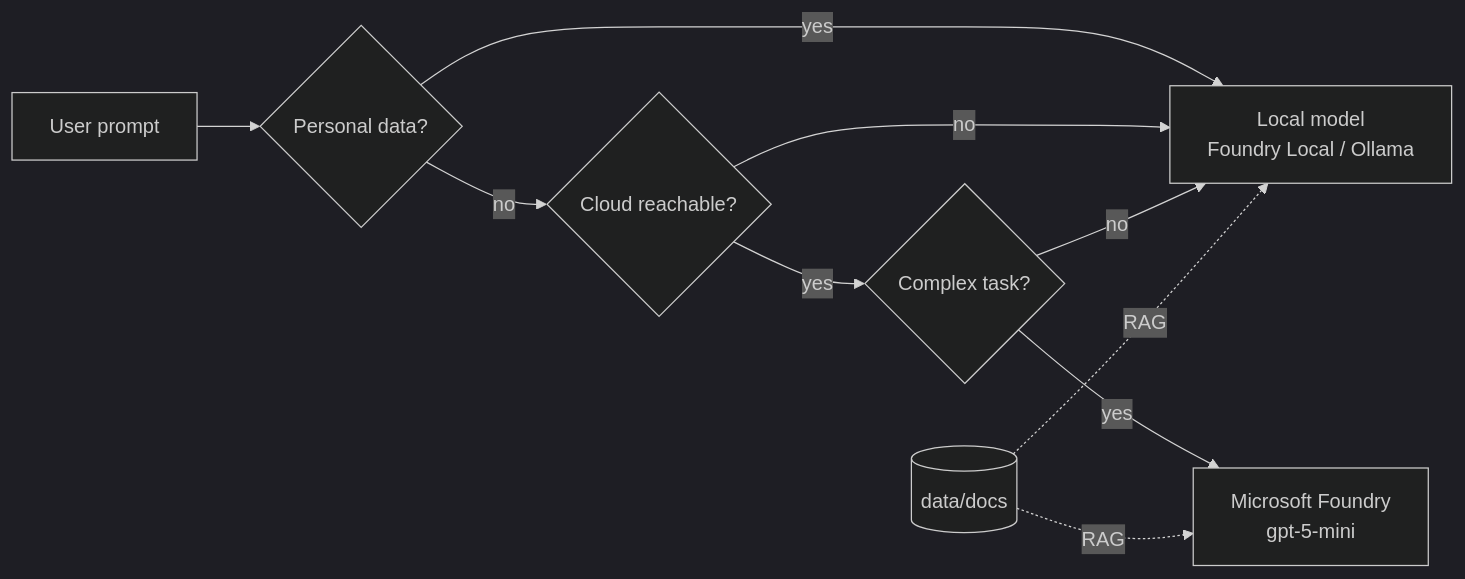
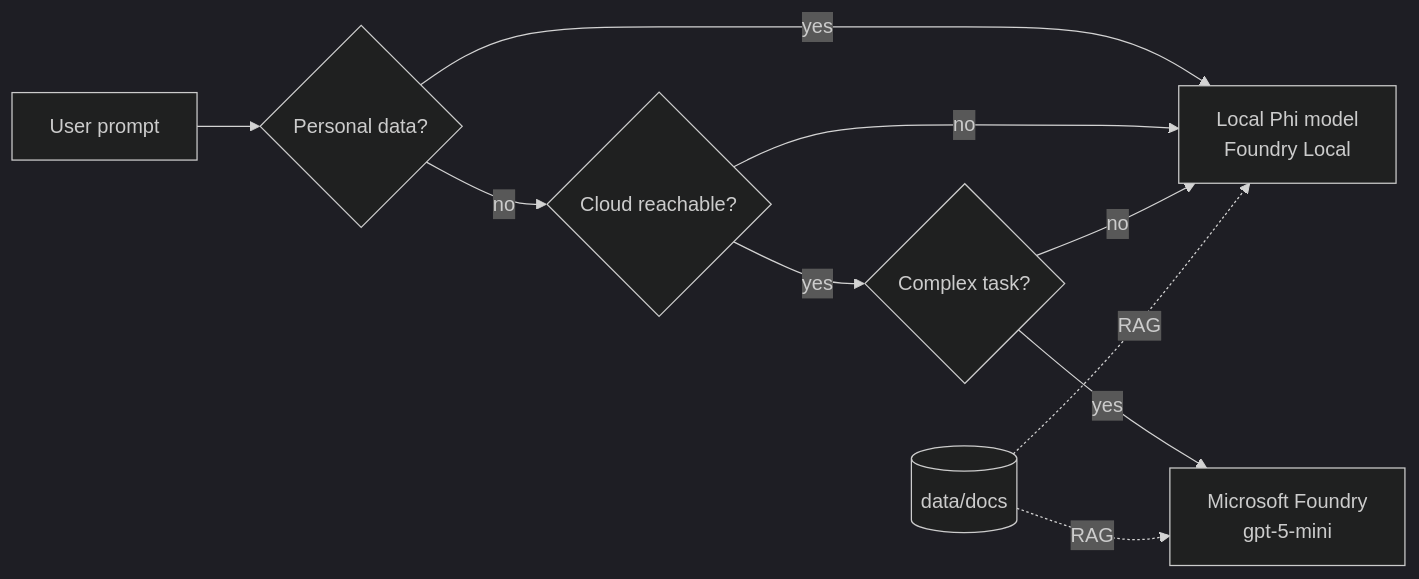
Before and after one commit to Malvine254/pycon-2026: the diagram in README.md, drawn with Mermaid (dark theme). The commit also changed other lines of this file and 1 other file, not shown here.

Commit message:
Make Phi the primary local lab path

````diff
--- a/README.md
+++ b/README.md
@@ -11,12 +11,12 @@
 ```mermaid
 flowchart LR
     U[User prompt] --> P{Personal data?}
-    P -- yes --> L[Local model<br/>Foundry Local / Ollama]
+    P -- yes --> L[Local Phi model<br/>Foundry Local]
     P -- no --> N{Cloud reachable?}
     N -- no --> L
     N -- yes --> C{Complex task?}
     C -- yes --> F[Microsoft Foundry<br/>gpt-5-mini]
     C -- no --> L
     D[(data/docs)] -. RAG .-> L
     D -. RAG .-> F
 ```
````
